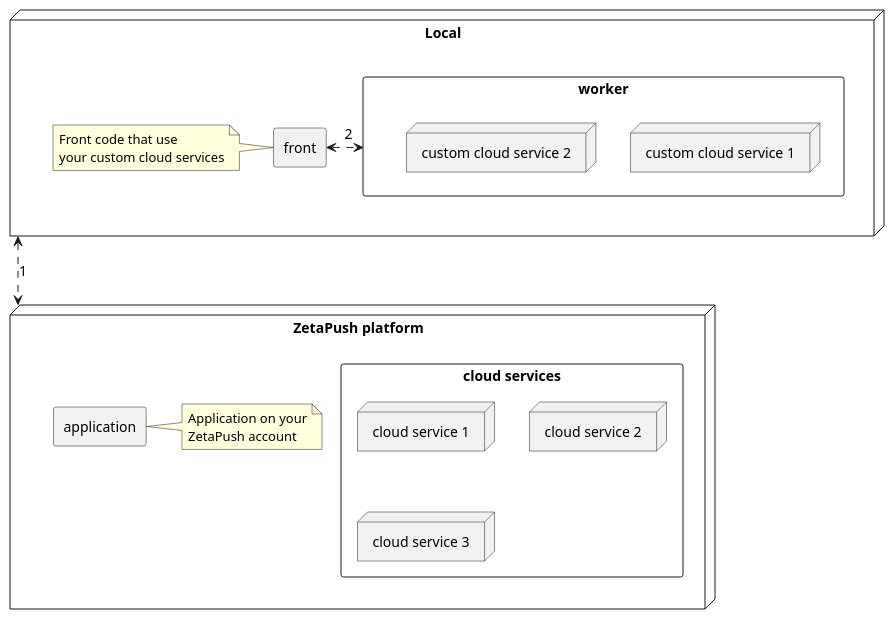
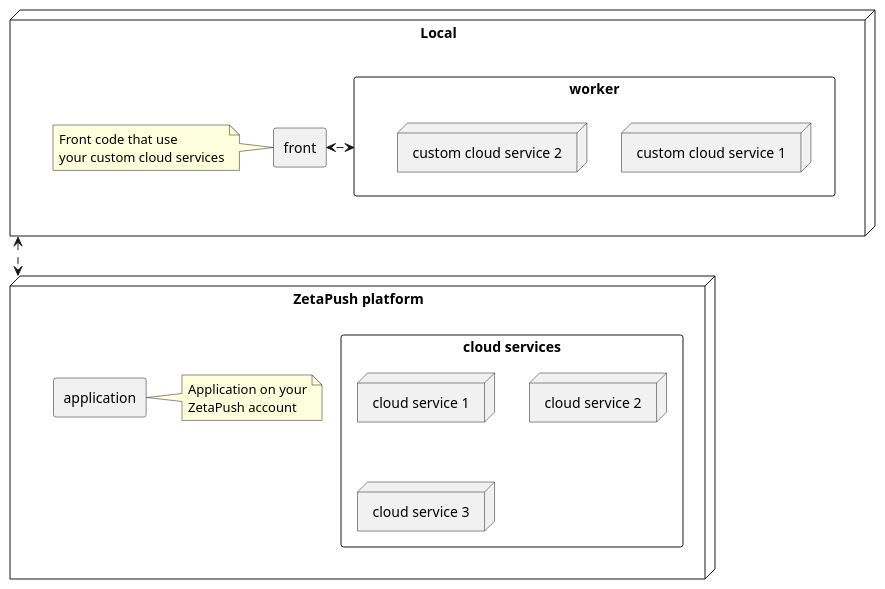
The diagram in src/docs/asciidoc/common/diagrams/architecture-custom-cloud-service-dev.adoc (zetapush/documentation), drawn with PlantUML before and after one commit. The commit also changed other lines of this file and 34 other files, not shown here.

```diff
--- a/src/docs/asciidoc/common/diagrams/architecture-custom-cloud-service-dev.adoc
+++ b/src/docs/asciidoc/common/diagrams/architecture-custom-cloud-service-dev.adoc
@@ -5,39 +5,39 @@
 [plantuml, custom-cloud-service-dev, png]     
 ....
 skinparam component {
 	ArrowFontName Impact
     ArrowFontColor Black
     ArrowFontSize 14
 }
 
 node "Local" as local {
    rectangle "worker" {
         node "custom cloud service 1"
         node "custom cloud service 2"
    }
 
    rectangle "front"
 
    note left of [front]
         Front code that use
         your custom cloud services
     end note
-    worker <.> [front] : 2
+    worker <.> [front]
 }
 
 node "ZetaPush platform" as zp {
     rectangle "application"
     note right of [application]
         Application on your
         ZetaPush account
     end note
 
     rectangle "cloud services" {
         node "cloud service 1"
         node "cloud service 2"
         node "cloud service 3"
     }
 }
 
-local <..> zp : 1
+local <..> zp
 ....
```
